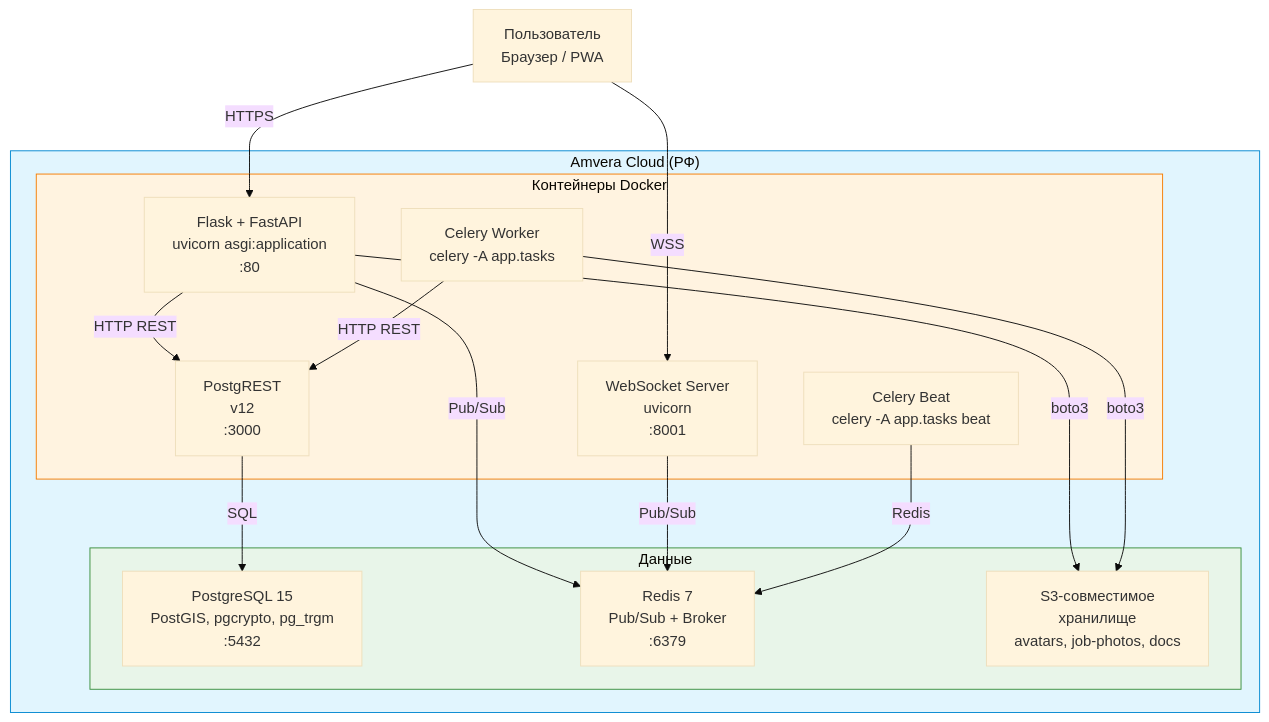
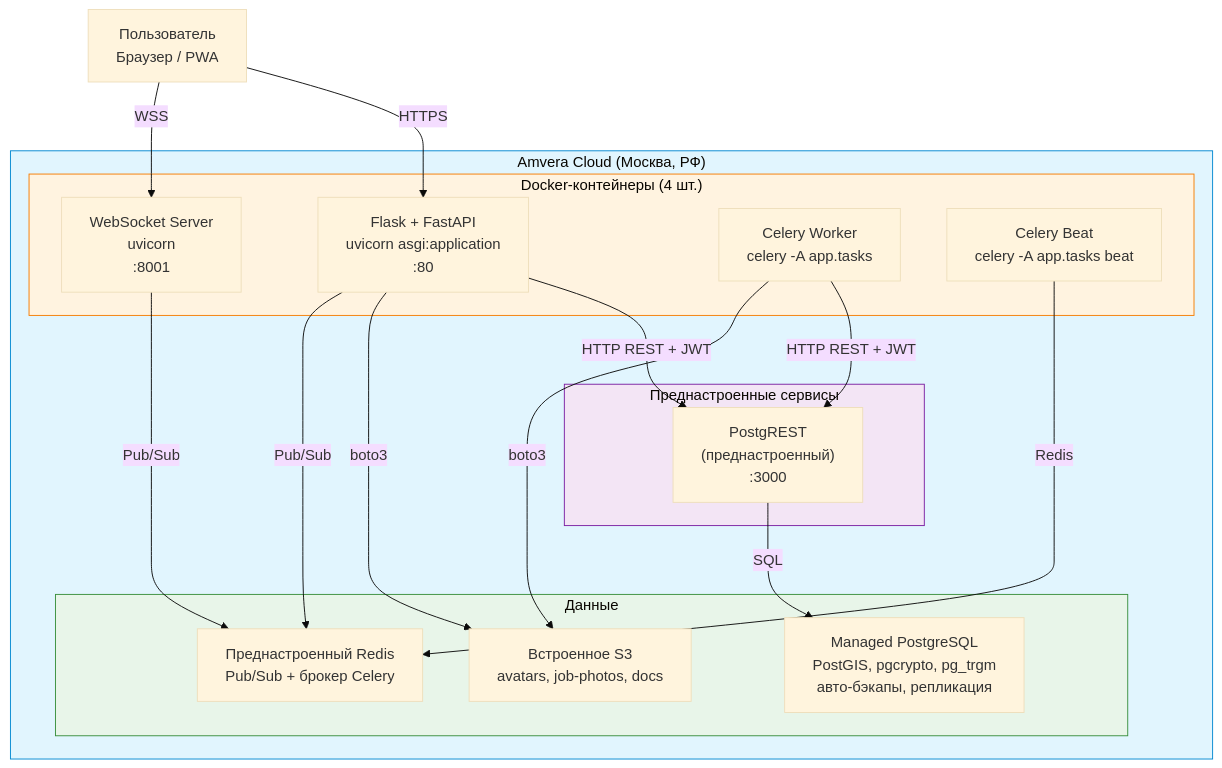
Before and after one commit to Hyperstls/trudnik: the second of 2 diagrams in docs/MIGRATION_PLAN.md, drawn with Mermaid (base theme). The commit also changed other lines of this file and 27 other files, not shown here.

````diff
--- a/docs/MIGRATION_PLAN.md
+++ b/docs/MIGRATION_PLAN.md
@@ -1640,33 +1506,37 @@
 ```mermaid
 flowchart TB
-    subgraph Amvera["Amvera Cloud (РФ)"]
-        subgraph Containers["Контейнеры Docker"]
+    subgraph Amvera["Amvera Cloud (Москва, РФ)"]
+        subgraph Containers["Docker-контейнеры (4 шт.)"]
             Flask["Flask + FastAPI\nuvicorn asgi:application\n:80"]
             WS["WebSocket Server\nuvicorn\n:8001"]
-            PG["PostgREST\nv12\n:3000"]
             CeleryW["Celery Worker\ncelery -A app.tasks"]
             CeleryB["Celery Beat\ncelery -A app.tasks beat"]
         end
         
+        subgraph Preconf["Преднастроенные сервисы"]
+            PG["PostgREST\n(преднастроенный)\n:3000"]
+        end
+        
         subgraph Data["Данные"]
-            PGDB["PostgreSQL 15\nPostGIS, pgcrypto, pg_trgm\n:5432"]
-            RedisSrv["Redis 7\nPub/Sub + Broker\n:6379"]
-            S3Store["S3-совместимое\nхранилище\navatars, job-photos, docs"]
+            PGDB["Managed PostgreSQL\nPostGIS, pgcrypto, pg_trgm\nавто-бэкапы, репликация"]
+            RedisSrv["Преднастроенный Redis\nPub/Sub + брокер Celery"]
+            S3Store["Встроенное S3\navatars, job-photos, docs"]
         end
     end
     
     User["Пользователь\nБраузер / PWA"] -->|HTTPS| Flask
     User -->|WSS| WS
-    Flask -->|HTTP REST| PG
+    Flask -->|HTTP REST + JWT| PG
     PG -->|SQL| PGDB
     Flask -->|boto3| S3Store
     Flask -->|Pub/Sub| RedisSrv
     WS -->|Pub/Sub| RedisSrv
-    CeleryW -->|HTTP REST| PG
+    CeleryW -->|HTTP REST + JWT| PG
     CeleryW -->|boto3| S3Store
     CeleryB -->|Redis| RedisSrv
     
     style Amvera fill:#e1f5fe,stroke:#0288d1
     style Containers fill:#fff3e0,stroke:#f57c00
+    style Preconf fill:#f3e5f5,stroke:#7b1fa2
     style Data fill:#e8f5e9,stroke:#388e3c
 ```
````
